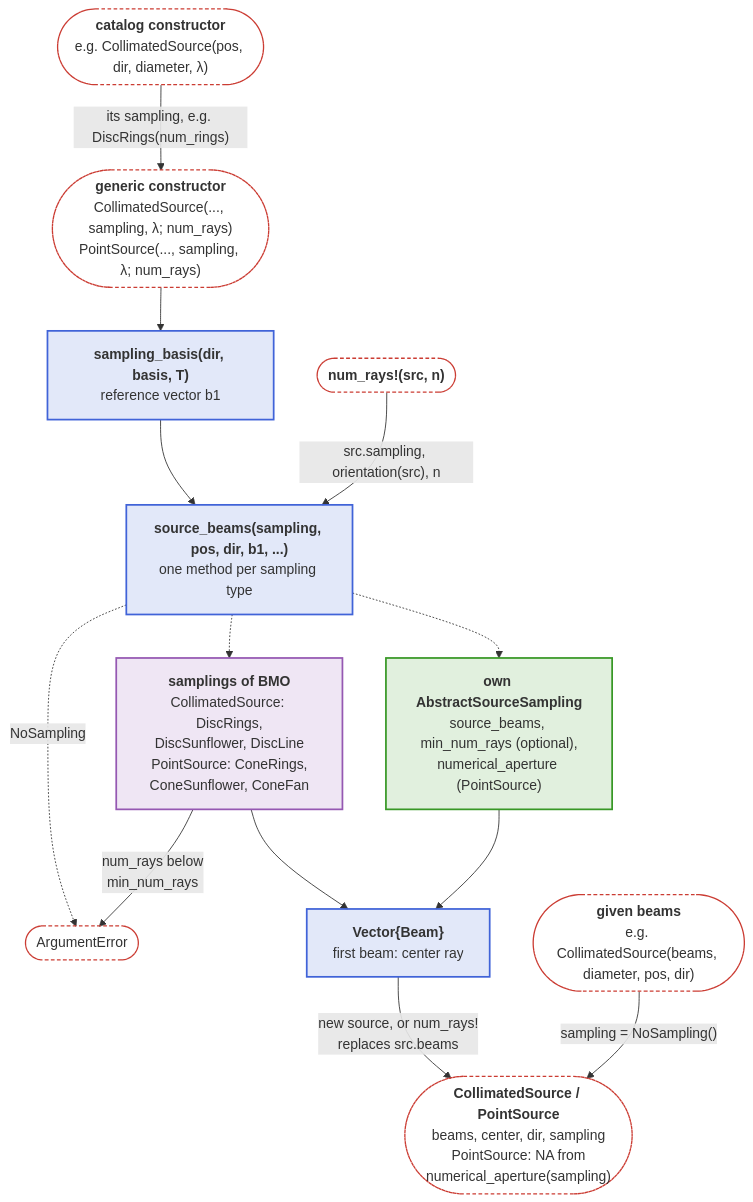
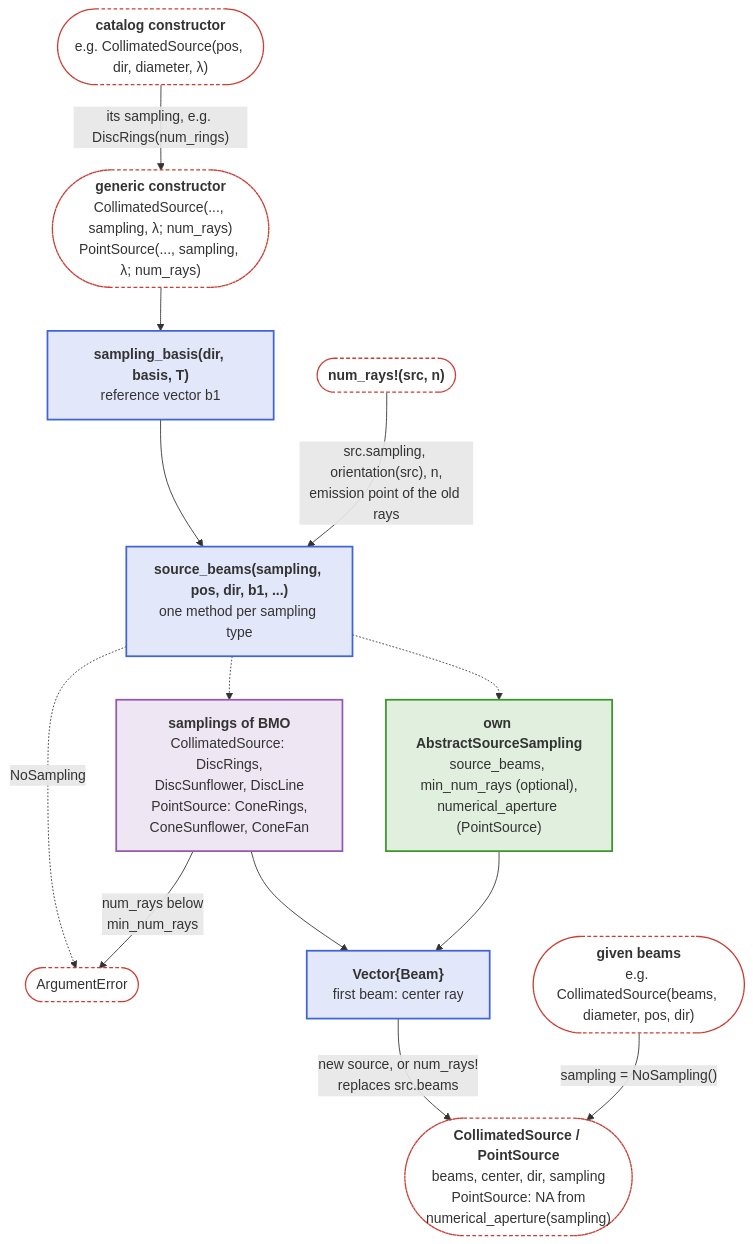
The third of 4 diagrams in docs/src/api/beams.md (JuliaPhysics/BeamletOptics.jl), drawn with Mermaid before and after one commit. The commit also changed other lines of this file and 63 other files, not shown here.

First line of the commit message:
Docs: align docs and docstrings with the code, drop color legends of the diagrams

````diff
--- a/docs/src/api/beams.md
+++ b/docs/src/api/beams.md
@@ -84,35 +98,35 @@
 ```mermaid
 flowchart TB
     C(["<b>catalog constructor</b><br/>e.g. CollimatedSource(pos, dir, diameter, λ)"])
     GC(["<b>generic constructor</b><br/>CollimatedSource(..., sampling, λ; num_rays)<br/>PointSource(..., sampling, λ; num_rays)"])
     SB["<b>sampling_basis(dir, basis, T)</b><br/>reference vector b1"]
     N(["<b>num_rays!(src, n)</b>"])
     SBM["<b>source_beams(sampling, pos, dir, b1, ...)</b><br/>one method per sampling type"]
     SAMP["<b>samplings of BMO</b><br/>CollimatedSource: DiscRings,<br/>DiscSunflower, DiscLine<br/>PointSource: ConeRings,<br/>ConeSunflower, ConeFan"]
     OWN["<b>own AbstractSourceSampling</b><br/>source_beams, min_num_rays (optional),<br/>numerical_aperture (PointSource)"]
     ERR(["ArgumentError"])
     BM["<b>Vector{Beam}</b><br/>first beam: center ray"]
     W(["<b>given beams</b><br/>e.g. CollimatedSource(beams, diameter, pos, dir)"])
     G(["<b>CollimatedSource / PointSource</b><br/>beams, center, dir, sampling<br/>PointSource: NA from<br/>numerical_aperture(sampling)"])
 
     C -- "its sampling, e.g. DiscRings(num_rings)" --> GC
     GC --> SB --> SBM
-    N -- "src.sampling, orientation(src), n" --> SBM
+    N -- "src.sampling, orientation(src), n,<br/>emission point of the old rays" --> SBM
     SBM -.-> SAMP
     SBM -.-> OWN
     SBM -. NoSampling .-> ERR
     SAMP -- "num_rays below<br/>min_num_rays" --> ERR
     SAMP --> BM
     OWN --> BM
     BM -- "new source, or num_rays!<br/>replaces src.beams" --> G
     W -- "sampling = NoSampling()" --> G
 
     classDef blue fill:#4063D826,stroke:#4063D8,stroke-width:2px
     classDef green fill:#38982626,stroke:#389826,stroke-width:2px
     classDef purple fill:#9558B226,stroke:#9558B2,stroke-width:2px
     classDef terminal fill:transparent,stroke:#CB3C33,stroke-width:1.5px,stroke-dasharray:4 3
     class SB,SBM,BM blue
     class OWN green
     class SAMP purple
     class C,GC,N,W,ERR,G terminal
 ```
````
